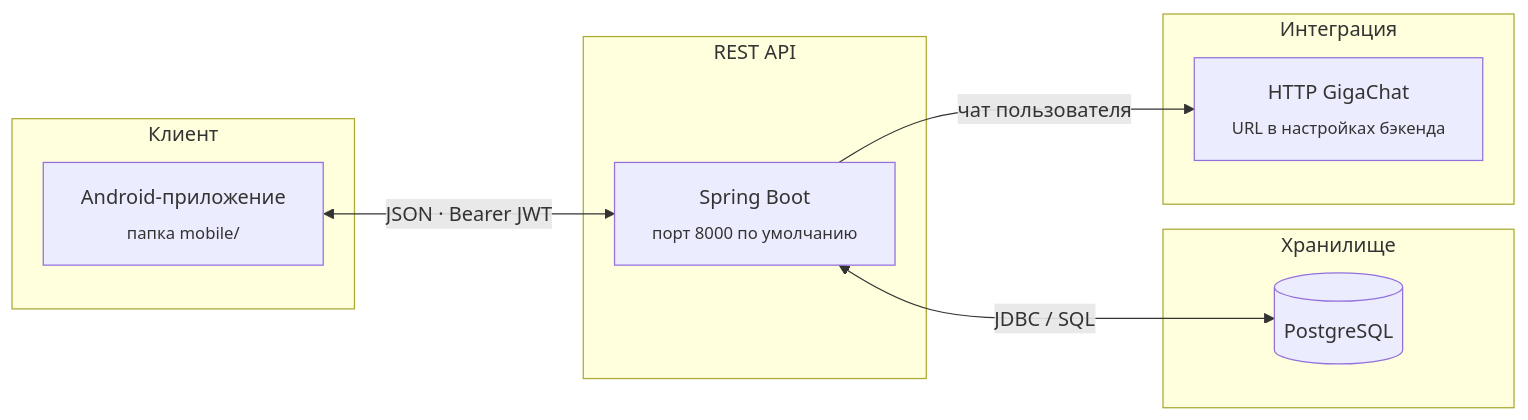
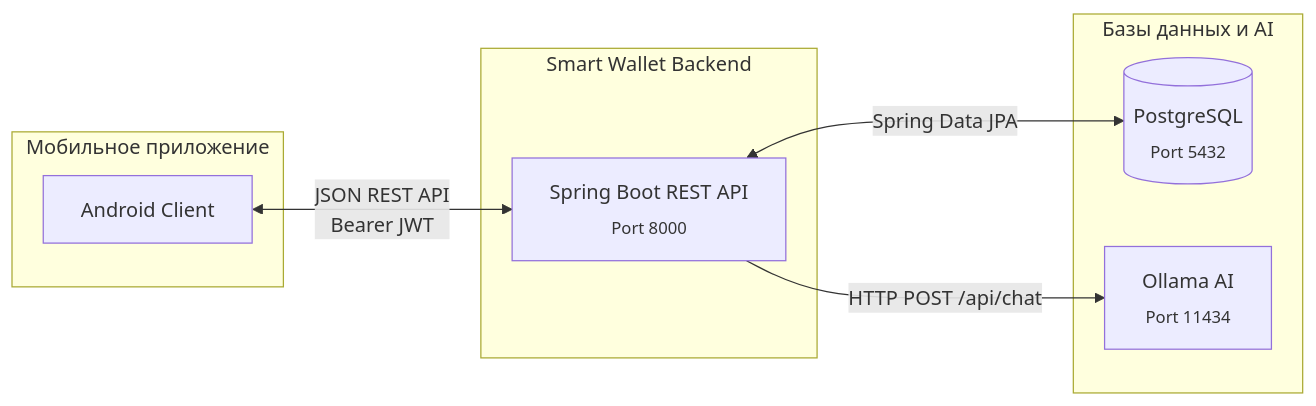
One commit to MCtext043/SMART_WALLET changed the diagram in README.md. Above: the diagram before and after it, drawn with Mermaid. The commit also changed other lines of this file and 17 other files, not shown here.

````diff
--- a/README.md
+++ b/README.md
@@ -31,22 +11,19 @@
 ```mermaid
 flowchart LR
-  subgraph CLIENT["Клиент"]
-    APP["Android-приложение<br/><sub>папка mobile/</sub>"]
+  subgraph MOBILE["Мобильное приложение"]
+    APP["Android Client"]
   end
 
-  subgraph API["REST API"]
-    BE["Spring Boot<br/><sub>порт 8000 по умолчанию</sub>"]
+  subgraph SERVER["Smart Wallet Backend"]
+    BE["Spring Boot REST API<br/><sub>Port 8000</sub>"]
   end
 
-  subgraph DATA["Хранилище"]
-    PG[("PostgreSQL")]
+  subgraph DATA["Базы данных и AI"]
+    PG[("PostgreSQL<br/><sub>Port 5432</sub>")]
+    LLM["Ollama AI<br/><sub>Port 11434</sub>"]
   end
 
-  subgraph EXT["Интеграция"]
-    GX["HTTP GigaChat<br/><sub>URL в настройках бэкенда</sub>"]
-  end
-
-  APP <-->|"JSON · Bearer JWT"| BE
-  BE <-->|"JDBC / SQL"| PG
-  BE -->|"чат пользователя"| GX
+  APP <-->|"JSON REST API<br/>Bearer JWT"| BE
+  BE <-->|"Spring Data JPA"| PG
+  BE -->|"HTTP POST /api/chat"| LLM
 ```
````
